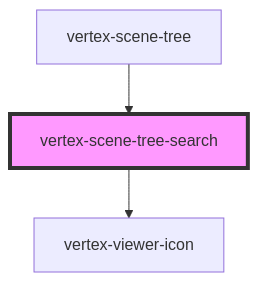
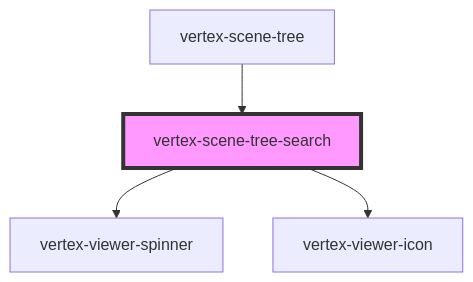
Before and after one commit to Vertexvis/vertex-web-sdk: the diagram in packages/viewer/src/components/scene-tree-search/readme.md, drawn with Mermaid. The commit also changed other lines of this file and 15 other files, not shown here.

Commit message:
[PLAT-1664] Adding UX Loading improvements to the scene tree

````diff
--- a/packages/viewer/src/components/scene-tree-search/readme.md
+++ b/packages/viewer/src/components/scene-tree-search/readme.md
@@ -82,6 +84,7 @@
 ```mermaid
 graph TD;
+  vertex-scene-tree-search --> vertex-viewer-spinner
   vertex-scene-tree-search --> vertex-viewer-icon
   vertex-scene-tree --> vertex-scene-tree-search
   style vertex-scene-tree-search fill:#f9f,stroke:#333,stroke-width:4px
 ```
````
